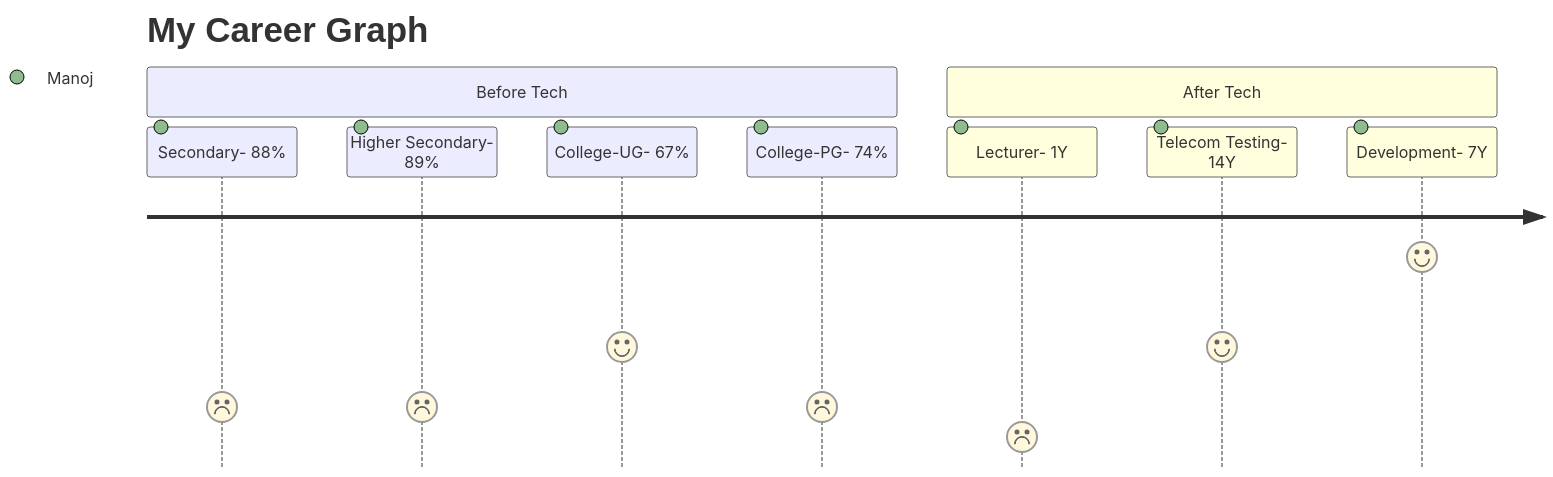
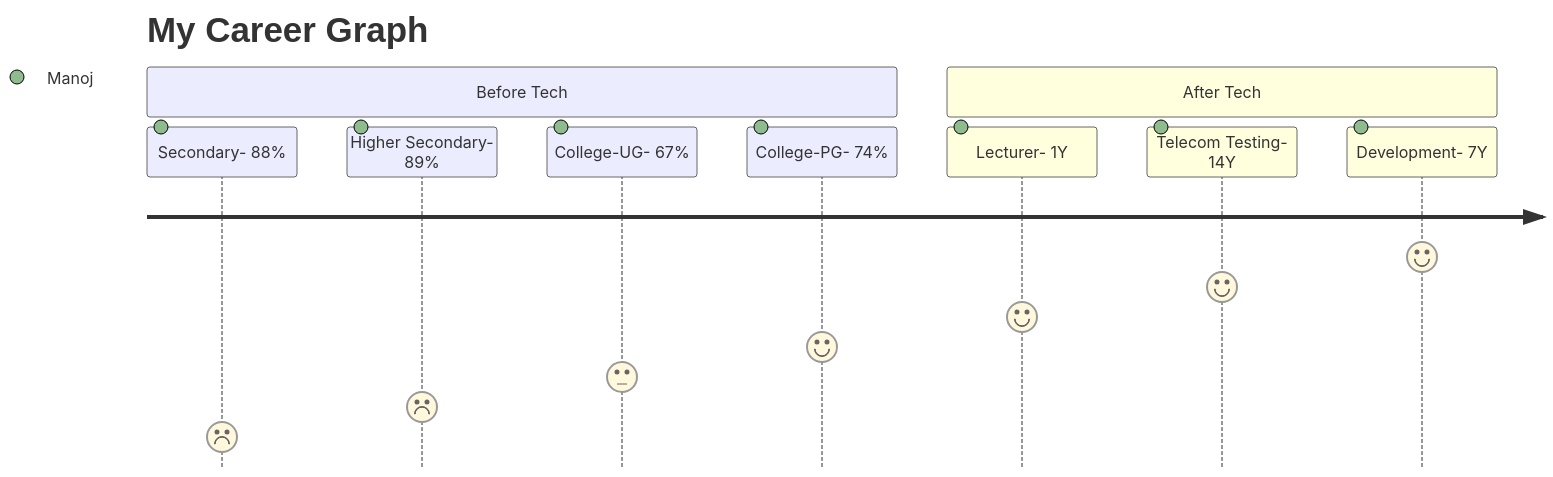
Before and after one commit to gmanojisaac/AngularStarter140103: the diagram in src/assets/myfile.md, drawn with Mermaid. The commit also changed 14 other files, not shown here.

```diff
--- a/src/assets/myfile.md
+++ b/src/assets/myfile.md
@@ -1,14 +1,14 @@
 <pre class="mermaid">
 journey
   title My Career Graph
   section Before Tech
-  Secondary- 88%: 2: Manoj
+  Secondary- 88%: 1: Manoj
   Higher Secondary-89%: 2: Manoj
-  College-UG- 67%: 4: Manoj
-  College-PG- 74%: 2: Manoj
+  College-UG- 67%: 3: Manoj
+  College-PG- 74%: 4: Manoj
   section After Tech
-  Lecturer- 1Y: 1: Manoj
-  Telecom Testing- 14Y: 4: Manoj
+  Lecturer- 1Y: 5: Manoj
+  Telecom Testing- 14Y: 6: Manoj
   Development- 7Y: 7: Manoj
 
 </pre>
```
